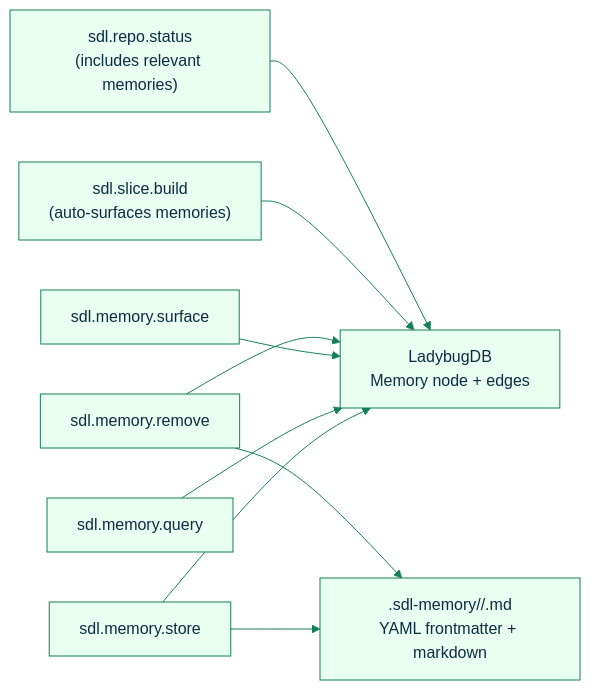
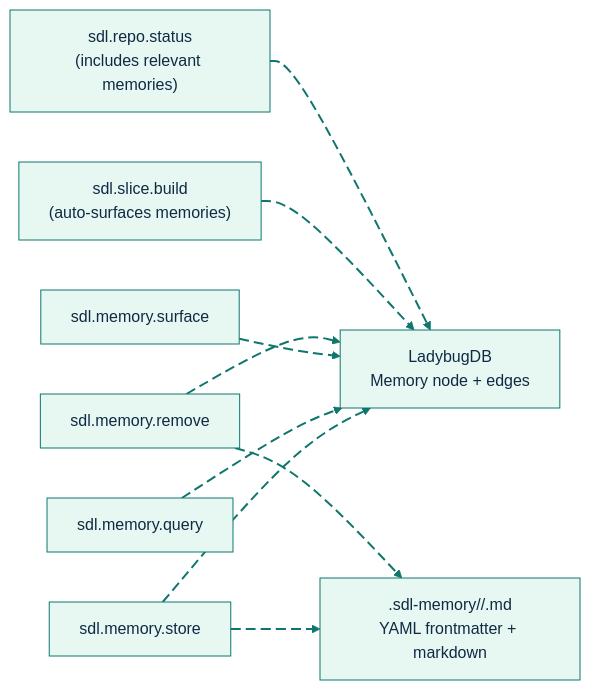
One commit to GlitterKill/sdl-mcp changed the diagram in docs/memory-protocol.md. Above: the diagram before and after it, drawn with Mermaid. The commit also changed 33 other files, not shown here.

First line of the commit message:
docs: update mermaid diagram themes and styling across documentation

````diff
--- a/docs/memory-protocol.md
+++ b/docs/memory-protocol.md
@@ -7,21 +7,30 @@
 ```mermaid
-%%{init: {"theme":"base","themeVariables":{"primaryColor":"#e8fff1","primaryBorderColor":"#157f5b","primaryTextColor":"#102a43","secondaryColor":"#eef6ff","secondaryBorderColor":"#2563eb","tertiaryColor":"#fff4d6","tertiaryBorderColor":"#b45309","lineColor":"#157f5b","fontFamily":"Trebuchet MS, Arial"},"flowchart":{"curve":"basis"}}}%%
+%%{init: {"theme":"base","themeVariables":{"background":"#ffffff","primaryColor":"#E7F8F2","primaryBorderColor":"#0F766E","primaryTextColor":"#102A43","secondaryColor":"#E8F1FF","secondaryBorderColor":"#2563EB","secondaryTextColor":"#102A43","tertiaryColor":"#FFF4D6","tertiaryBorderColor":"#B45309","tertiaryTextColor":"#102A43","lineColor":"#0F766E","textColor":"#102A43","fontFamily":"Inter, ui-sans-serif, system-ui, -apple-system, BlinkMacSystemFont, Segoe UI, sans-serif"},"flowchart":{"curve":"basis","htmlLabels":true}}}%%
 flowchart LR
     Store["sdl.memory.store"]
     Query["sdl.memory.query"]
     Surface["sdl.memory.surface"]
     Remove["sdl.memory.remove"]
     Slice["sdl.slice.build<br/>(auto-surfaces memories)"]
     Status["sdl.repo.status<br/>(includes relevant memories)"]
     Graph["LadybugDB<br/>Memory node + edges"]
     Files[".sdl-memory/<type>/<id>.md<br/>YAML frontmatter + markdown"]
 
-    Store --> Graph
-    Store --> Files
-    Query --> Graph
-    Surface --> Graph
-    Remove --> Graph
-    Remove --> Files
-    Slice --> Graph
-    Status --> Graph
+    Store e1@--> Graph
+    Store e2@--> Files
+    Query e3@--> Graph
+    Surface e4@--> Graph
+    Remove e5@--> Graph
+    Remove e6@--> Files
+    Slice e7@--> Graph
+    Status e8@--> Graph
+
+    classDef source fill:#E7F8F2,stroke:#0F766E,stroke-width:2px,color:#102A43;
+    classDef process fill:#E8F1FF,stroke:#2563EB,stroke-width:2px,color:#102A43;
+    classDef decision fill:#FFF4D6,stroke:#B45309,stroke-width:2px,color:#102A43;
+    classDef storage fill:#F2E8FF,stroke:#7C3AED,stroke-width:2px,color:#102A43;
+    classDef output fill:#FFE8EF,stroke:#BE123C,stroke-width:2px,color:#102A43;
+    classDef muted fill:#F8FAFC,stroke:#64748B,stroke-width:1px,color:#102A43;
+    classDef animate stroke:#0F766E,stroke-width:2px,stroke-dasharray:10\,5,stroke-dashoffset:900,animation:dash 22s linear infinite;
+    class e1,e2,e3,e4,e5,e6,e7,e8 animate;
 ```
````
